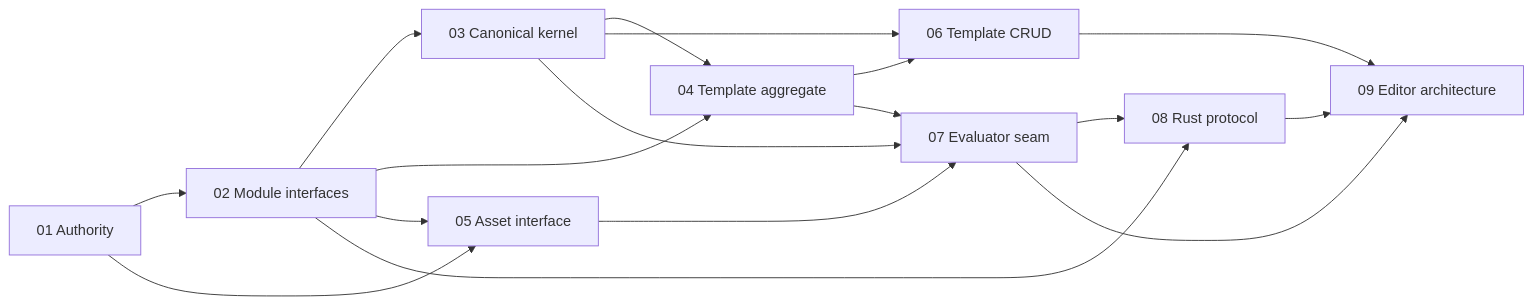
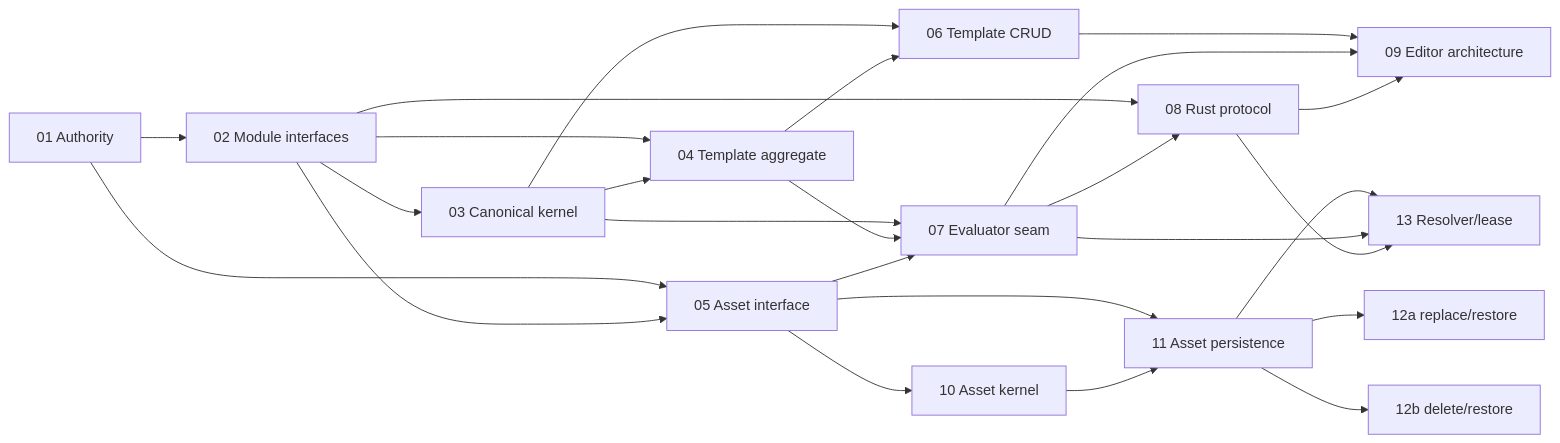
Before and after one commit to yiwer/RenderWeave: the diagram in plans/renderweave-template-v1-plan.md, drawn with Mermaid. The commit also changed other lines of this file and 9 other files, not shown here.

````diff
--- a/plans/renderweave-template-v1-plan.md
+++ b/plans/renderweave-template-v1-plan.md
@@ -58,19 +59,27 @@
 ```mermaid
 flowchart LR
   T01[01 Authority] --> T02[02 Module interfaces]
   T01 --> T05[05 Asset interface]
   T02 --> T03[03 Canonical kernel]
   T02 --> T04[04 Template aggregate]
   T02 --> T05
   T03 --> T04
   T03 --> T06[06 Template CRUD]
   T04 --> T06
   T03 --> T07[07 Evaluator seam]
   T04 --> T07
   T05 --> T07
   T02 --> T08[08 Rust protocol]
   T07 --> T08
   T06 --> T09[09 Editor architecture]
   T07 --> T09
   T08 --> T09
+  T05 --> T10[10 Asset kernel]
+  T05 --> T11[11 Asset persistence]
+  T10 --> T11
+  T11 --> T12a[12a replace/restore]
+  T11 --> T12b[12b delete/restore]
+  T11 --> T13[13 Resolver/lease]
+  T07 --> T13
+  T08 --> T13
 ```
````
